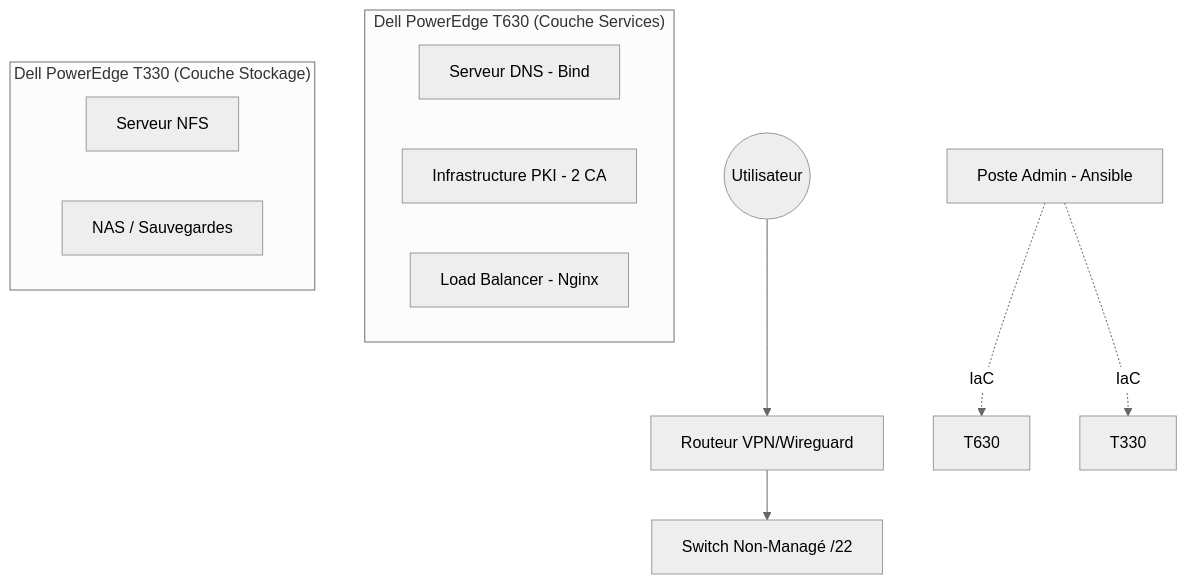
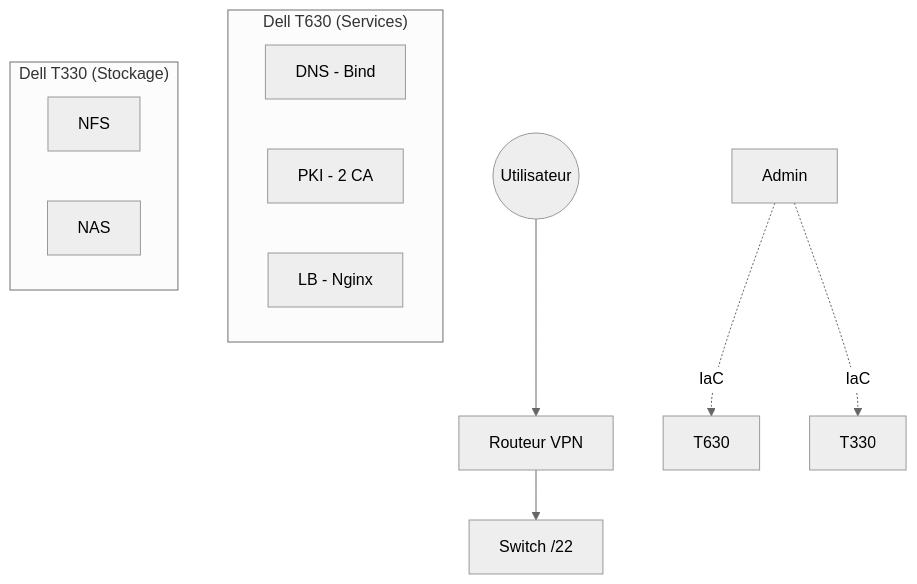
The diagram in README_FR.org (AlexandreLuedo/AlexandreLuedo), drawn with Mermaid (neutral theme) before and after one commit. The commit also changed other lines of this file and 1 other file, not shown here.

```diff
--- a/README_FR.org
+++ b/README_FR.org
@@ -17,19 +11,19 @@
 #+begin_src mermaid
 graph TD
-    User((Utilisateur)) --> Router[Routeur VPN/Wireguard]
-    Router --> Switch[Switch Non-Managé /22]
+    User((Utilisateur)) --> Router[Routeur VPN]
+    Router --> Switch[Switch /22]
     
-    subgraph "Dell PowerEdge T630 (Couche Services)"
-        DNS[Serveur DNS - Bind]
-        PKI[Infrastructure PKI - 2 CA]
-        LB[Load Balancer - Nginx]
+    subgraph "Dell T630 (Services)"
+        DNS[DNS - Bind]
+        PKI[PKI - 2 CA]
+        LB[LB - Nginx]
     end
     
-    subgraph "Dell PowerEdge T330 (Couche Stockage)"
-        NFS[Serveur NFS]
-        Backup[NAS / Sauvegardes]
+    subgraph "Dell T330 (Stockage)"
+        NFS[NFS]
+        Backup[NAS]
     end
     
-    Ansible[Poste Admin - Ansible] -.-> |IaC| T630
+    Ansible[Admin] -.-> |IaC| T630
     Ansible -.-> |IaC| T330
 #+end_src
```
